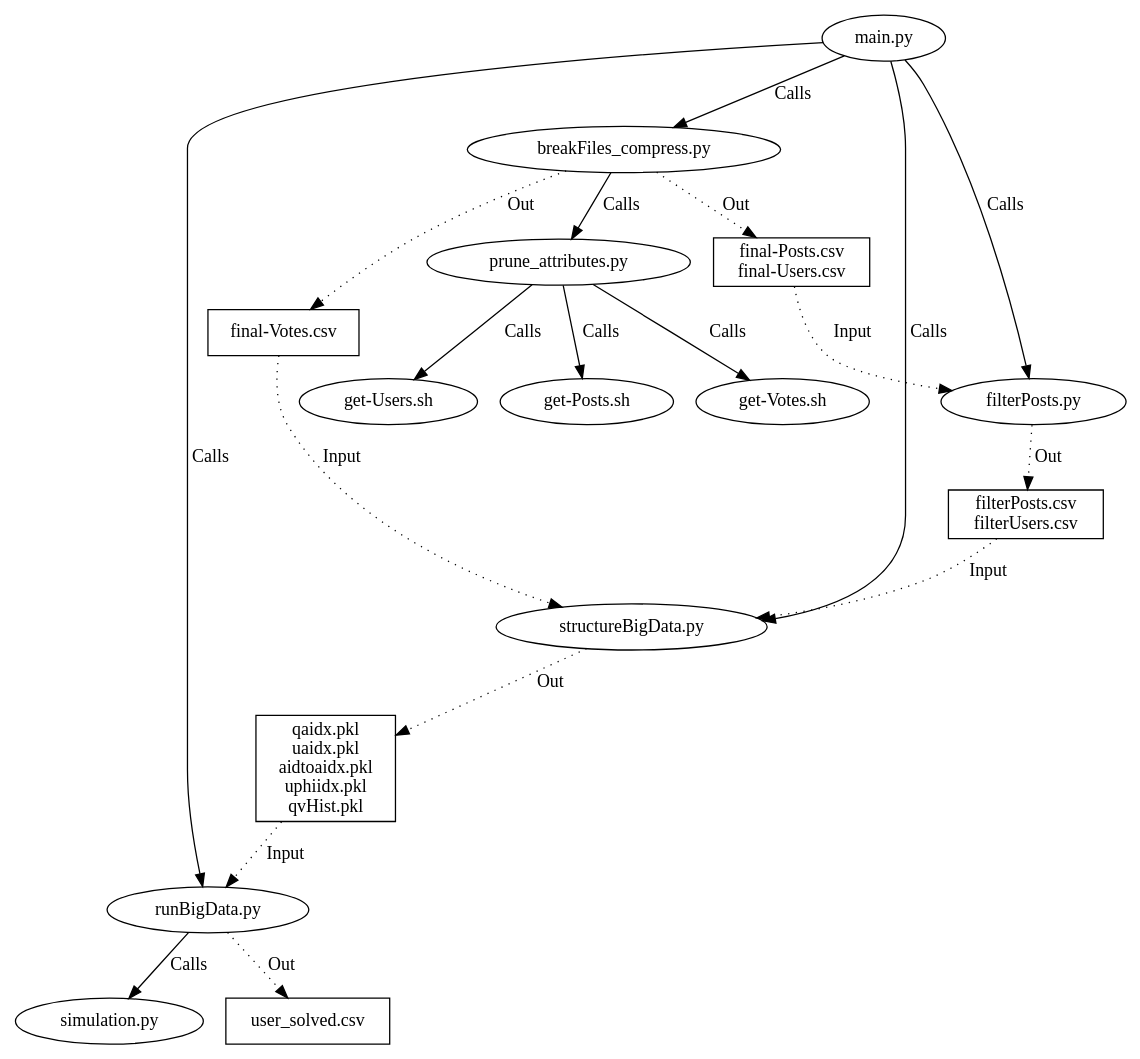
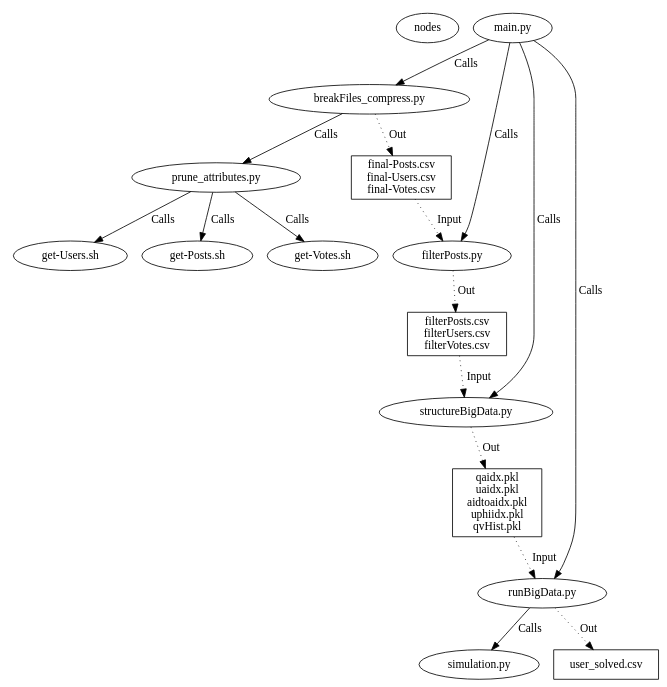
Before and after one commit to light01101989/meng-project: the diagram in documentation/dotGraph/fileTree.dot, drawn with Graphviz. The commit also changed 14 other files, not shown here.

```diff
--- a/documentation/dotGraph/fileTree.dot
+++ b/documentation/dotGraph/fileTree.dot
@@ -1,41 +1,43 @@
 digraph G {
+    nodes[ranksep=0.75,nodesep=0.75];
+    graph[size="9.75,7.25"]; 
     main[label="main.py"]
     breakFiles[label="breakFiles_compress.py"]
     pa[label="prune_attributes.py"]
     filterPosts[label="filterPosts.py"]
     structureBigData[label="structureBigData.py"]
     runBigData[label="runBigData.py"]
     simulation[label="simulation.py"]
     //finalU[label="final-Users.csv",shape=box]
-    finalP[label="final-Posts.csv\nfinal-Users.csv",shape=box]
-    finalV[label="final-Votes.csv",shape=box]
+    finalP[label="final-Posts.csv\nfinal-Users.csv\nfinal-Votes.csv",shape=box]
+    //finalV[label="final-Votes.csv",shape=box]
     getU[label="get-Users.sh"]
     getP[label="get-Posts.sh"]
     getV[label="get-Votes.sh"]
-    filterP[label="filterPosts.csv\nfilterUsers.csv",shape=box]
+    filterP[label="filterPosts.csv\nfilterUsers.csv\nfilterVotes.csv",shape=box]
     //filterU[label="filterUsers.csv",shape=box]
     sbdout[label="qaidx.pkl\nuaidx.pkl\naidtoaidx.pkl\nuphiidx.pkl\nqvHist.pkl",shape=box]
     sol[label="user_solved.csv",shape=box]
     main -> breakFiles[label="Calls"];
     main -> filterPosts[label="Calls"];
     main -> structureBigData[label="Calls"];
     main -> runBigData[label="Calls"];
     //breakFiles -> finalU[label="Out",style=dotted];
     breakFiles -> finalP[label="Out",style=dotted];
-    breakFiles -> finalV[label="Out",style=dotted];
+    //breakFiles -> finalV[label="Out",style=dotted];
     breakFiles -> pa[label="Calls"];
     pa -> getU[label="Calls"];
     pa -> getP[label="Calls"];
     pa -> getV[label="Calls"];
     finalP -> filterPosts[label="Input",style=dotted];
     //finalU -> filterPosts[label="Input",style=dotted];
     runBigData -> simulation[label="Calls"];
     filterPosts -> filterP[label="Out",style=dotted];
     //filterPosts -> filterU[label="Out",style=dotted];
-    finalV -> structureBigData[label="Input",style=dotted];
+    //finalV -> structureBigData[label="Input",style=dotted];
     filterP -> structureBigData[label="Input",style=dotted];
     //filterU -> structureBigData[label="Input",style=dotted];
     structureBigData -> sbdout[label="Out",style=dotted];
     sbdout -> runBigData[label="Input",style=dotted];
     runBigData -> sol[label="Out",style=dotted];
 }
```
